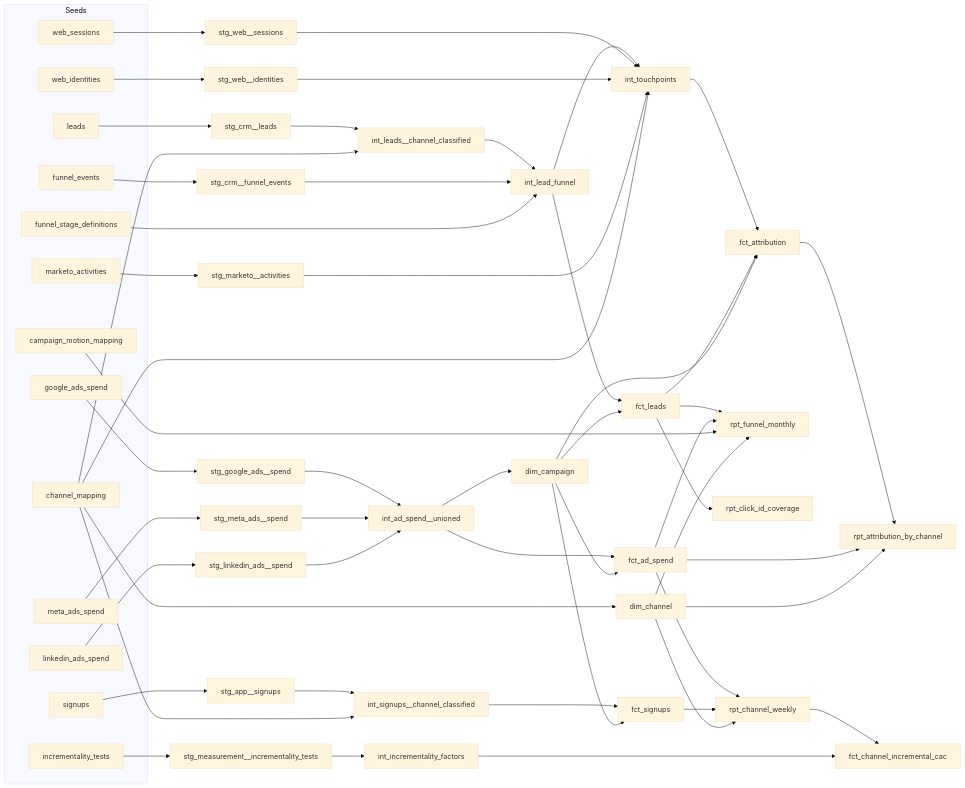
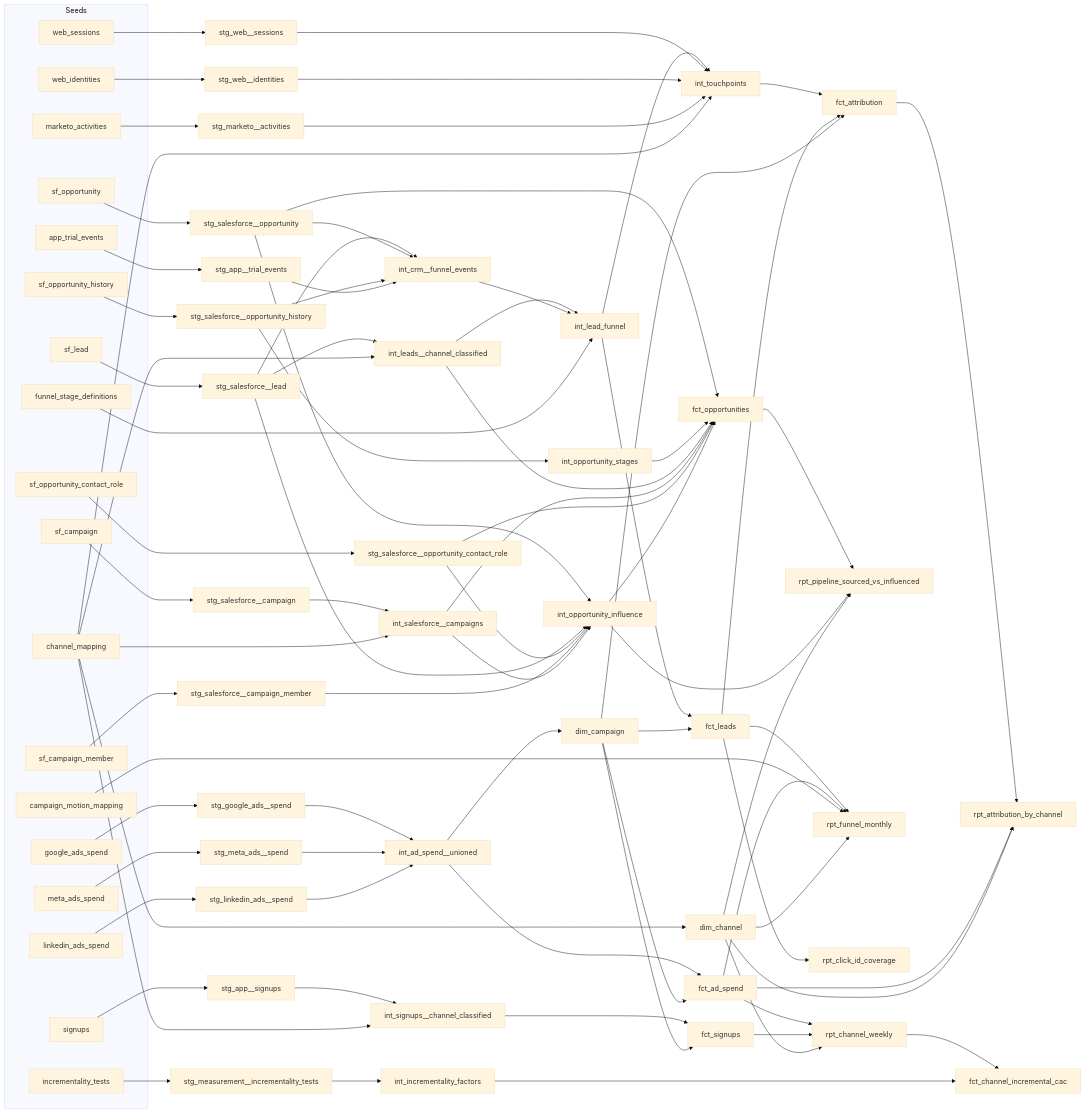
Before and after one commit to tcmiyamoto/paid-media-mart: the diagram in README.md, drawn with Mermaid (base theme). The commit also changed other lines of this file and 49 other files, not shown here.

First line of the commit message:
Salesforce CRM layer: Fivetran-shaped objects, stage velocity, sourced vs influenced pipeline

````diff
--- a/README.md
+++ b/README.md
@@ -15,45 +15,61 @@
 ```mermaid
 flowchart LR
     subgraph Seeds
         G[google_ads_spend]
         M[meta_ads_spend]
         L[linkedin_ads_spend]
         S[signups]
         CM[channel_mapping]
         IT[incrementality_tests]
-        LD[leads]
-        FE[funnel_events]
+        SFL[sf_lead]
+        SFO[sf_opportunity]
+        SFH[sf_opportunity_history]
+        SFR[sf_opportunity_contact_role]
+        SFC[sf_campaign]
+        SFM[sf_campaign_member]
+        TE[app_trial_events]
         SD[funnel_stage_definitions]
         MM[campaign_motion_mapping]
         WS[web_sessions]
         WI[web_identities]
         MA[marketo_activities]
     end
     G --> SG[stg_google_ads__spend]
     M --> SM[stg_meta_ads__spend]
     L --> SL[stg_linkedin_ads__spend]
     S --> SS[stg_app__signups]
     SG & SM & SL --> IU[int_ad_spend__unioned]
     SS & CM --> IC[int_signups__channel_classified]
     IU --> DCa[dim_campaign]
     CM --> DCh[dim_channel]
     IU & DCa --> FA[fct_ad_spend]
     IC & DCa --> FS[fct_signups]
     FA & FS & DCh --> R[rpt_channel_weekly]
     IT --> ST[stg_measurement__incrementality_tests]
     ST --> IF[int_incrementality_factors]
     R & IF --> IC2[fct_channel_incremental_cac]
-    LD --> SLD[stg_crm__leads]
-    FE --> SFE[stg_crm__funnel_events]
+    SFL --> SLD[stg_salesforce__lead]
+    SFO --> SOP[stg_salesforce__opportunity]
+    SFH --> SOH[stg_salesforce__opportunity_history]
+    SFR --> SOR[stg_salesforce__opportunity_contact_role]
+    SFC --> SCA[stg_salesforce__campaign]
+    SFM --> SCM[stg_salesforce__campaign_member]
+    TE --> STE[stg_app__trial_events]
+    SLD & SOP & SOH & STE --> SFE[int_crm__funnel_events]
     SLD & CM --> ILC[int_leads__channel_classified]
     ILC & SFE & SD --> ILF[int_lead_funnel]
     ILF & DCa --> FL[fct_leads]
+    SCA & CM --> ISC[int_salesforce__campaigns]
+    SOH --> IOS[int_opportunity_stages]
+    SOP & SLD & SOR & SCM & ISC --> IOI[int_opportunity_influence]
+    SOP & IOS & ILC & ISC & SOR & IOI --> FO[fct_opportunities]
+    FO & IOI & DCh --> RPS[rpt_pipeline_sourced_vs_influenced]
     FL & FA & MM & DCh --> RF[rpt_funnel_monthly]
     FL --> RC[rpt_click_id_coverage]
     WS --> SWS[stg_web__sessions]
     WI --> SWI[stg_web__identities]
     MA --> SMA[stg_marketo__activities]
     ILF & SWS & SWI & SMA & CM --> TP[int_touchpoints]
     TP & FL & DCa --> FAT[fct_attribution]
     FAT & FA & DCh --> RA[rpt_attribution_by_channel]
 ```
````
